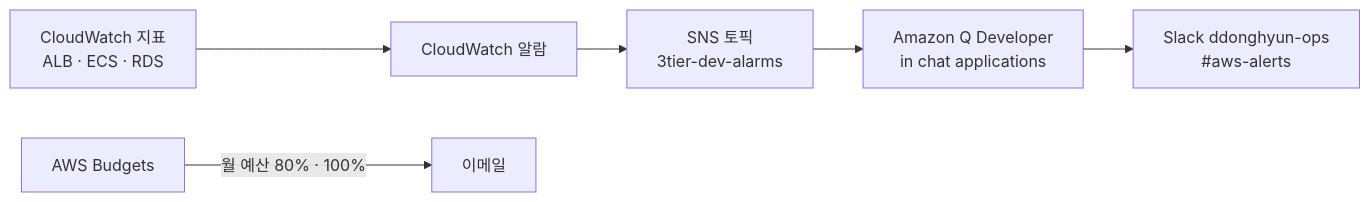
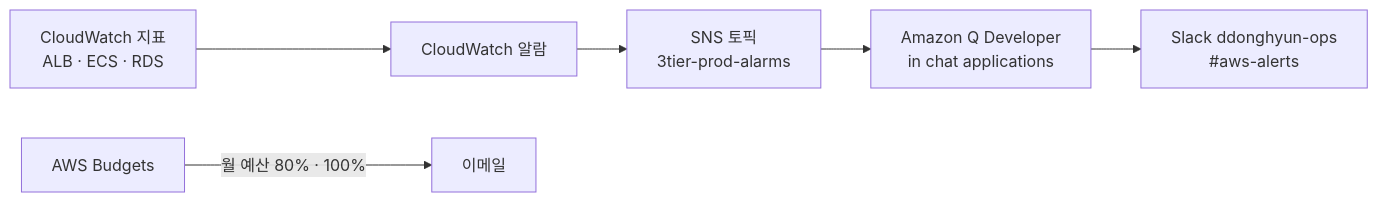
One commit to DDongHyun00/3-tier-terraform-ecs changed the fourth of 4 diagrams in docs/architecture.md. Above: the diagram before and after it, drawn with Mermaid. The commit also changed other lines of this file and 9 other files, not shown here.

````diff
--- a/docs/architecture.md
+++ b/docs/architecture.md
@@ -93,8 +93,8 @@
 ```mermaid
 flowchart LR
     M[CloudWatch 지표<br/>ALB · ECS · RDS] --> AL[CloudWatch 알람]
-    AL --> SNS[SNS 토픽<br/>3tier-dev-alarms]
+    AL --> SNS[SNS 토픽<br/>3tier-prod-alarms]
     SNS --> Q[Amazon Q Developer<br/>in chat applications]
     Q --> SL[Slack ddonghyun-ops<br/>#aws-alerts]
     B[AWS Budgets] -->|월 예산 80% · 100%| MAIL[이메일]
 ```
````
